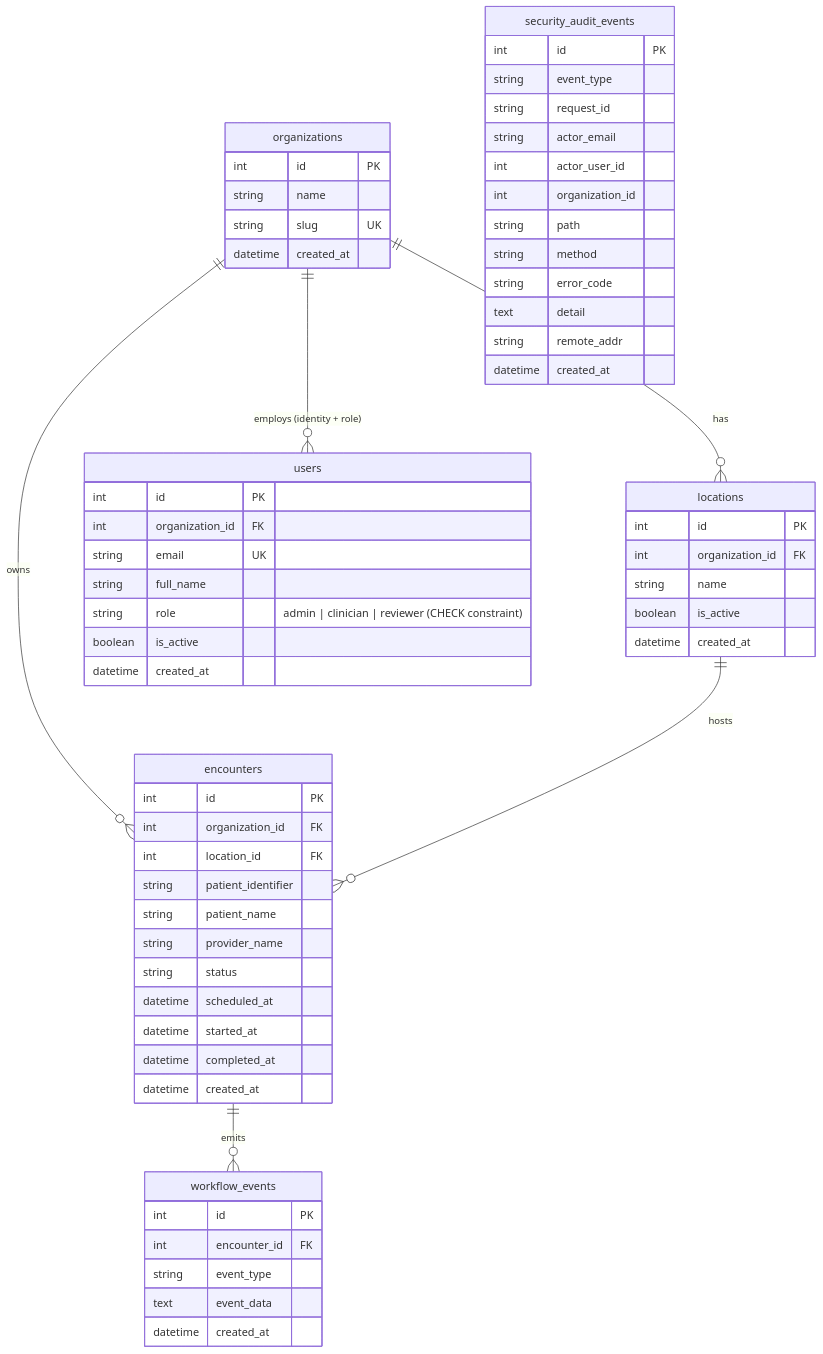
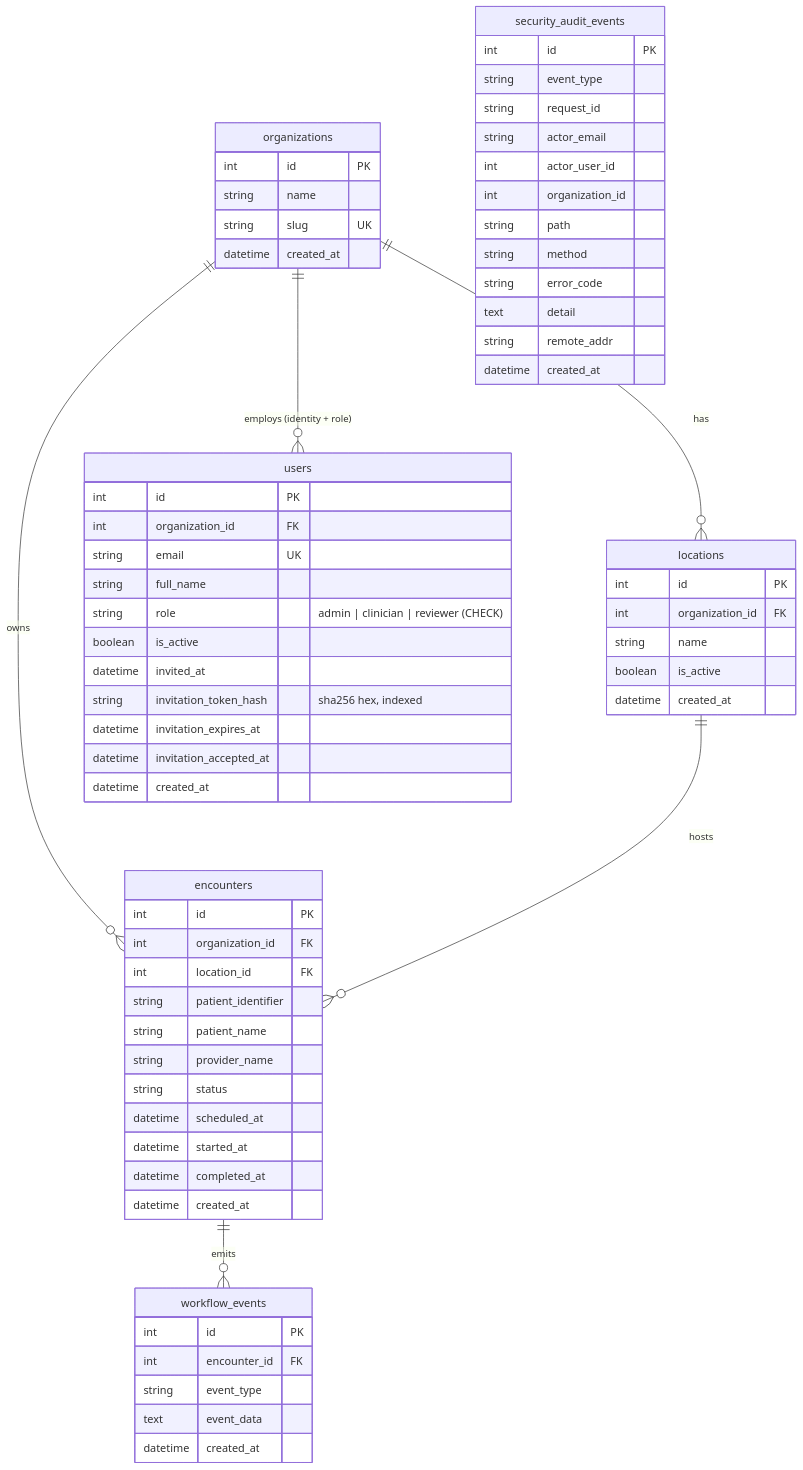
Before and after one commit to thekidd2227/chartnav-platform: the diagram in docs/diagrams/er-diagram.md, drawn with Mermaid. The commit also changed 26 other files, not shown here.

First line of the commit message:
Invitations + settings schema + audit export + event hardening + bulk users

````diff
--- a/docs/diagrams/er-diagram.md
+++ b/docs/diagrams/er-diagram.md
@@ -3,66 +3,70 @@
 ```mermaid
 erDiagram
   organizations ||--o{ locations        : "has"
   organizations ||--o{ users            : "employs (identity + role)"
   organizations ||--o{ encounters       : "owns"
   locations     ||--o{ encounters       : "hosts"
   encounters    ||--o{ workflow_events  : "emits"
 
   security_audit_events {
     int id PK
     string event_type
     string request_id
     string actor_email
     int actor_user_id
     int organization_id
     string path
     string method
     string error_code
     text detail
     string remote_addr
     datetime created_at
   }
 
   organizations {
     int id PK
     string name
     string slug UK
     datetime created_at
   }
   locations {
     int id PK
     int organization_id FK
     string name
     boolean is_active
     datetime created_at
   }
   users {
     int id PK
     int organization_id FK
     string email UK
     string full_name
-    string role "admin | clinician | reviewer (CHECK constraint)"
+    string role "admin | clinician | reviewer (CHECK)"
     boolean is_active
+    datetime invited_at
+    string invitation_token_hash "sha256 hex, indexed"
+    datetime invitation_expires_at
+    datetime invitation_accepted_at
     datetime created_at
   }
   encounters {
     int id PK
     int organization_id FK
     int location_id FK
     string patient_identifier
     string patient_name
     string provider_name
     string status
     datetime scheduled_at
     datetime started_at
     datetime completed_at
     datetime created_at
   }
   workflow_events {
     int id PK
     int encounter_id FK
     string event_type
     text event_data
     datetime created_at
   }
 ```
````
